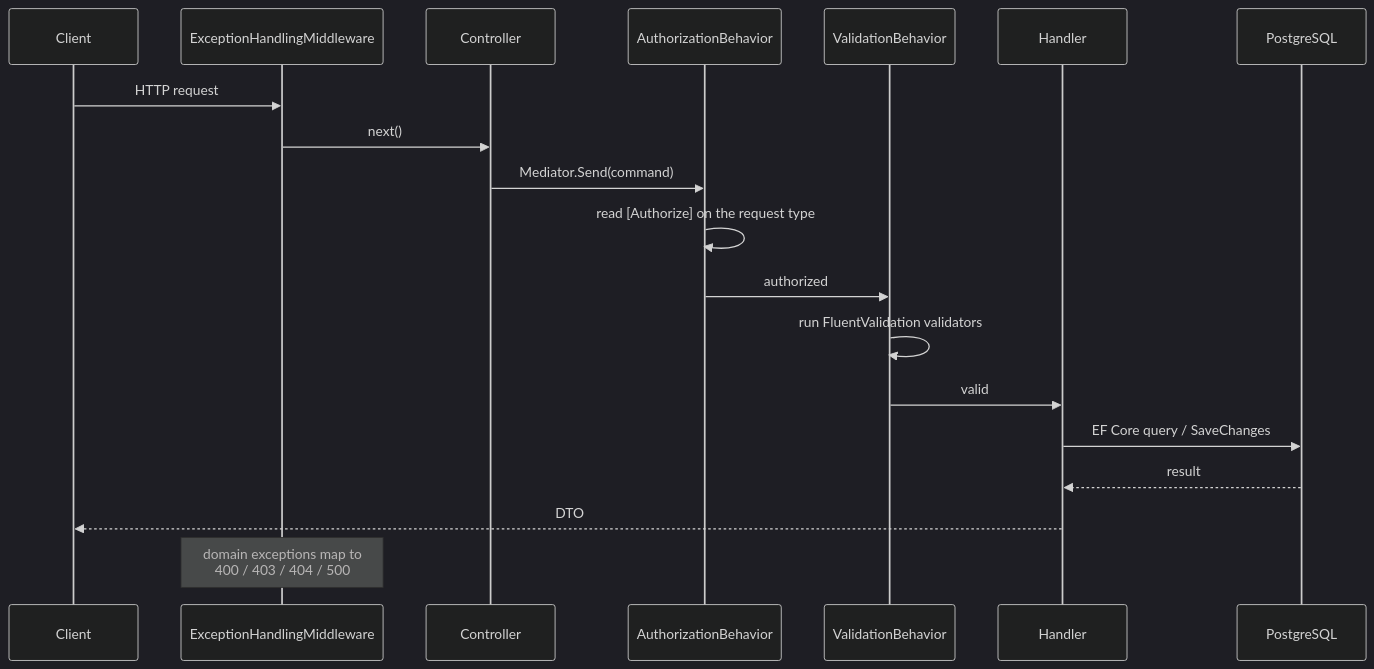
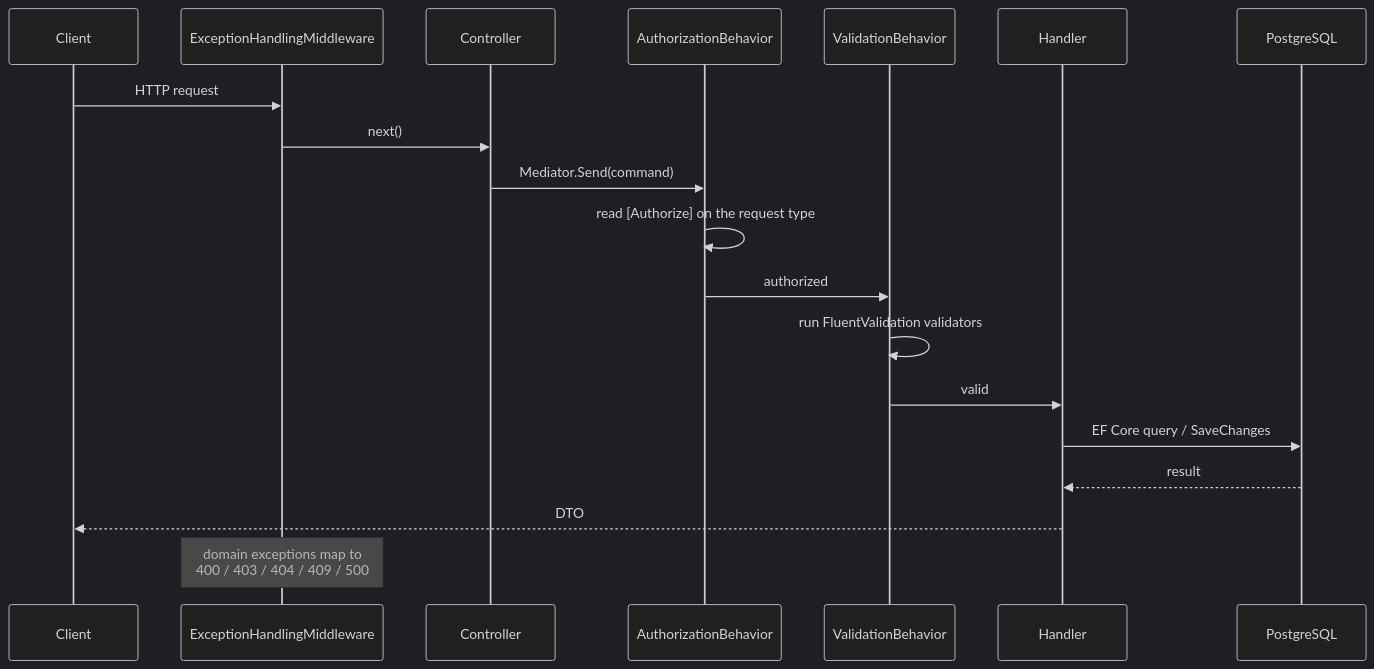
The second of 4 diagrams in README.md (omarabbas32/CarRentalWebApp), drawn with Mermaid (dark theme) before and after one commit. The commit also changed other lines of this file and 107 other files, not shown here.

````diff
--- a/README.md
+++ b/README.md
@@ -71,22 +71,22 @@
 ```mermaid
 sequenceDiagram
     participant C as Client
     participant MW as ExceptionHandlingMiddleware
     participant Ctrl as Controller
     participant Auth as AuthorizationBehavior
     participant Val as ValidationBehavior
     participant H as Handler
     participant DB as PostgreSQL
 
     C->>MW: HTTP request
     MW->>Ctrl: next()
     Ctrl->>Auth: Mediator.Send(command)
     Auth->>Auth: read [Authorize] on the request type
     Auth->>Val: authorized
     Val->>Val: run FluentValidation validators
     Val->>H: valid
     H->>DB: EF Core query / SaveChanges
     DB-->>H: result
     H-->>C: DTO
-    Note over MW: domain exceptions map to<br/>400 / 403 / 404 / 500
+    Note over MW: domain exceptions map to<br/>400 / 403 / 404 / 409 / 500
 ```
````
